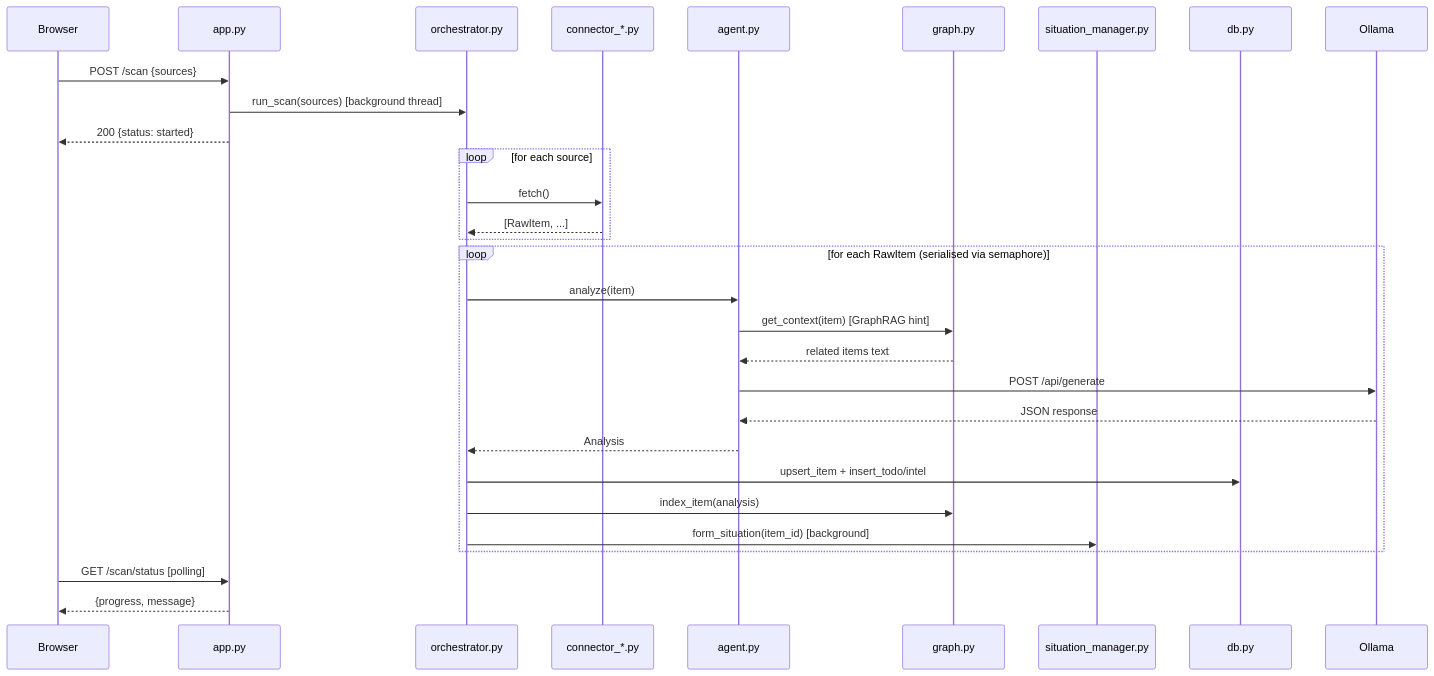
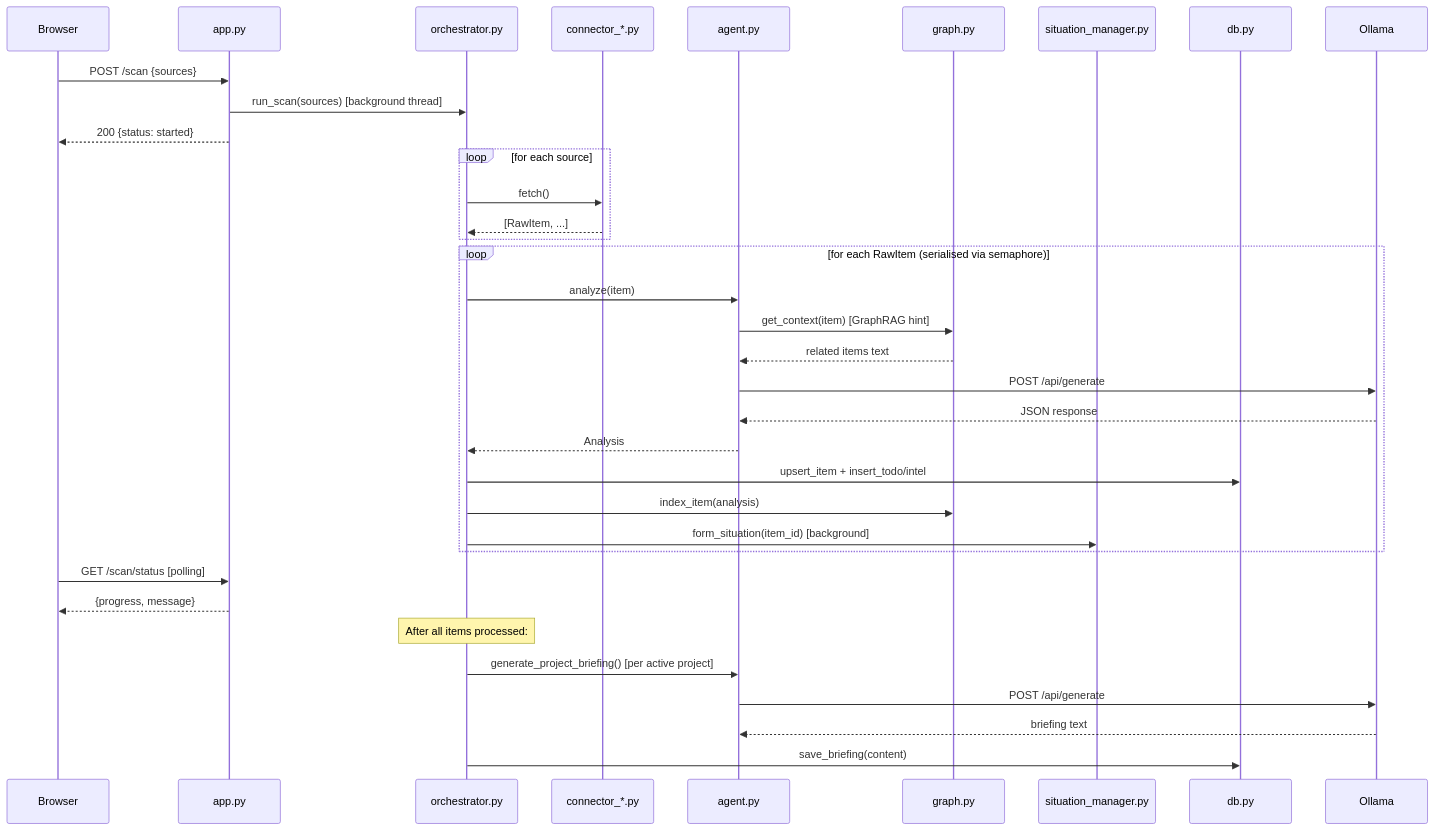
One commit to rcanterberryhall/hexcaliper-squire changed the second of 10 diagrams in DESIGN.md. Above: the diagram before and after it, drawn with Mermaid. The commit also changed other lines of this file and 7 other files, not shown here.

First line of the commit message:
Add project briefing feature: auto-generate after scan/reanalyze, repurpose Current State tab

````diff
--- a/DESIGN.md
+++ b/DESIGN.md
@@ -78,35 +78,41 @@
 ```mermaid
 sequenceDiagram
     participant UI as Browser
     participant API as app.py
     participant Orch as orchestrator.py
     participant Conn as connector_*.py
     participant Agent as agent.py
     participant Graph as graph.py
     participant Sit as situation_manager.py
     participant DB as db.py
 
     UI->>API: POST /scan {sources}
     API->>Orch: run_scan(sources) [background thread]
     API-->>UI: 200 {status: started}
 
     loop for each source
         Orch->>Conn: fetch()
         Conn-->>Orch: [RawItem, ...]
     end
 
     loop for each RawItem (serialised via semaphore)
         Orch->>Agent: analyze(item)
         Agent->>Graph: get_context(item) [GraphRAG hint]
         Graph-->>Agent: related items text
         Agent->>Ollama: POST /api/generate
         Ollama-->>Agent: JSON response
         Agent-->>Orch: Analysis
         Orch->>DB: upsert_item + insert_todo/intel
         Orch->>Graph: index_item(analysis)
         Orch->>Sit: form_situation(item_id) [background]
     end
 
     UI->>API: GET /scan/status [polling]
     API-->>UI: {progress, message}
+
+    Note over Orch: After all items processed:
+    Orch->>Agent: generate_project_briefing() [per active project]
+    Agent->>Ollama: POST /api/generate
+    Ollama-->>Agent: briefing text
+    Orch->>DB: save_briefing(content)
 ```
````
